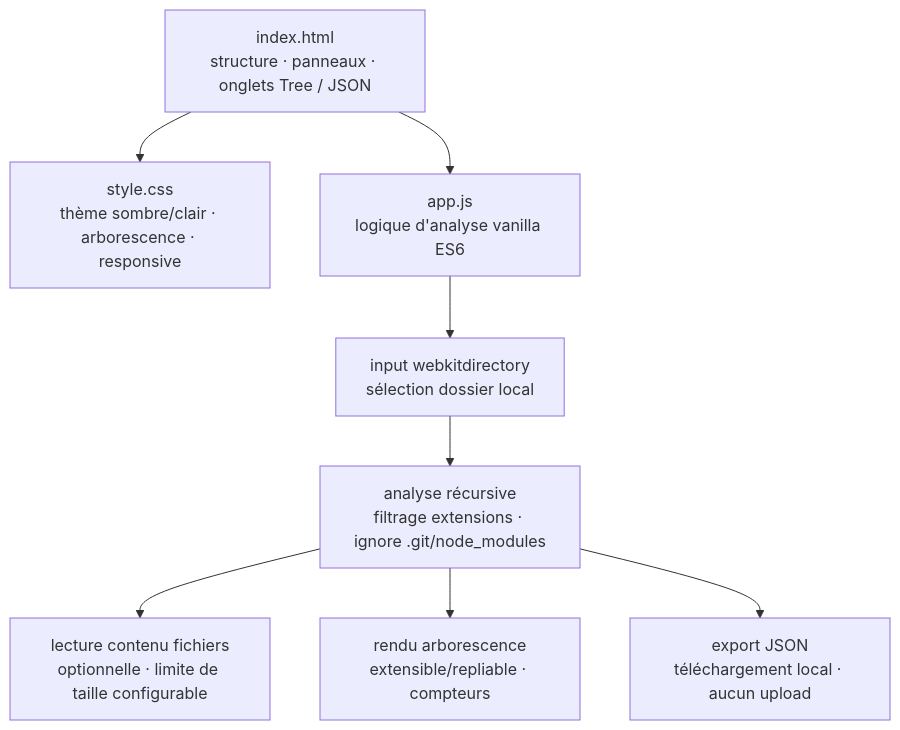
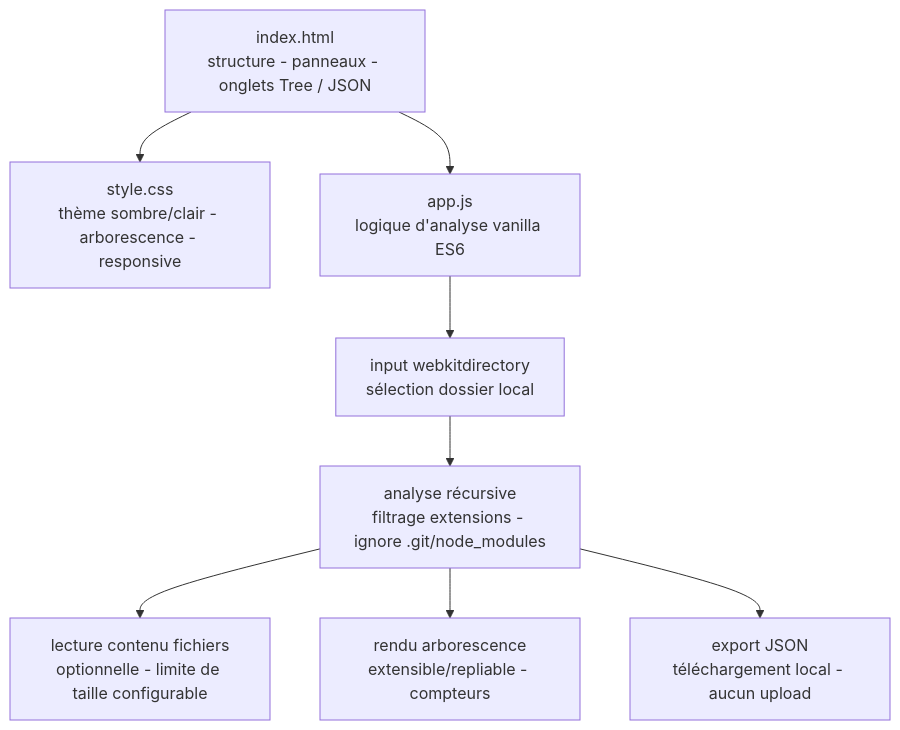
Before and after one commit to Adam-Blf/folder-analyzer-web: the diagram in README.md, drawn with Mermaid. The commit also changed other lines of this file, not shown here.

Commit message:
docs: typography pass, no em dash or middle dot (#1)

````diff
--- a/README.md
+++ b/README.md
@@ -26,19 +26,19 @@
 ```mermaid
 flowchart TB
-    HTML["index.html<br/>structure · panneaux · onglets Tree / JSON"]
-    CSS["style.css<br/>thème sombre/clair · arborescence · responsive"]
+    HTML["index.html<br/>structure - panneaux - onglets Tree / JSON"]
+    CSS["style.css<br/>thème sombre/clair - arborescence - responsive"]
     JS["app.js<br/>logique d'analyse vanilla ES6"]
     Picker["input webkitdirectory<br/>sélection dossier local"]
-    Walk["analyse récursive<br/>filtrage extensions · ignore .git/node_modules"]
-    Content["lecture contenu fichiers<br/>optionnelle · limite de taille configurable"]
-    Tree["rendu arborescence<br/>extensible/repliable · compteurs"]
-    Export["export JSON<br/>téléchargement local · aucun upload"]
+    Walk["analyse récursive<br/>filtrage extensions - ignore .git/node_modules"]
+    Content["lecture contenu fichiers<br/>optionnelle - limite de taille configurable"]
+    Tree["rendu arborescence<br/>extensible/repliable - compteurs"]
+    Export["export JSON<br/>téléchargement local - aucun upload"]
 
     HTML --> CSS
     HTML --> JS
     JS --> Picker
     Picker --> Walk
     Walk --> Content
     Walk --> Tree
     Walk --> Export
 ```
````
